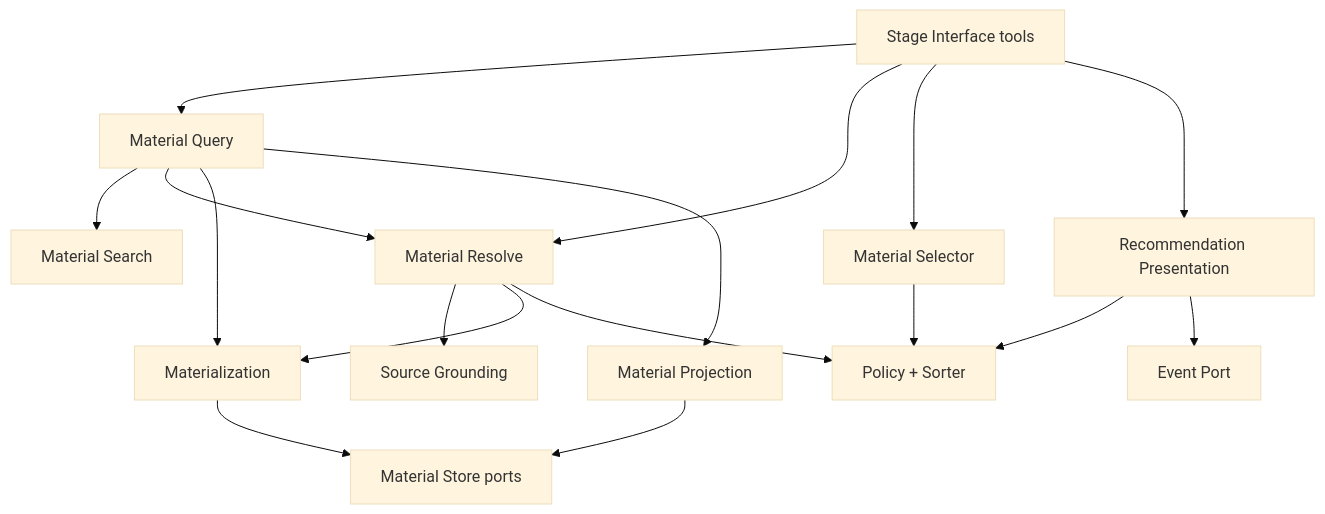
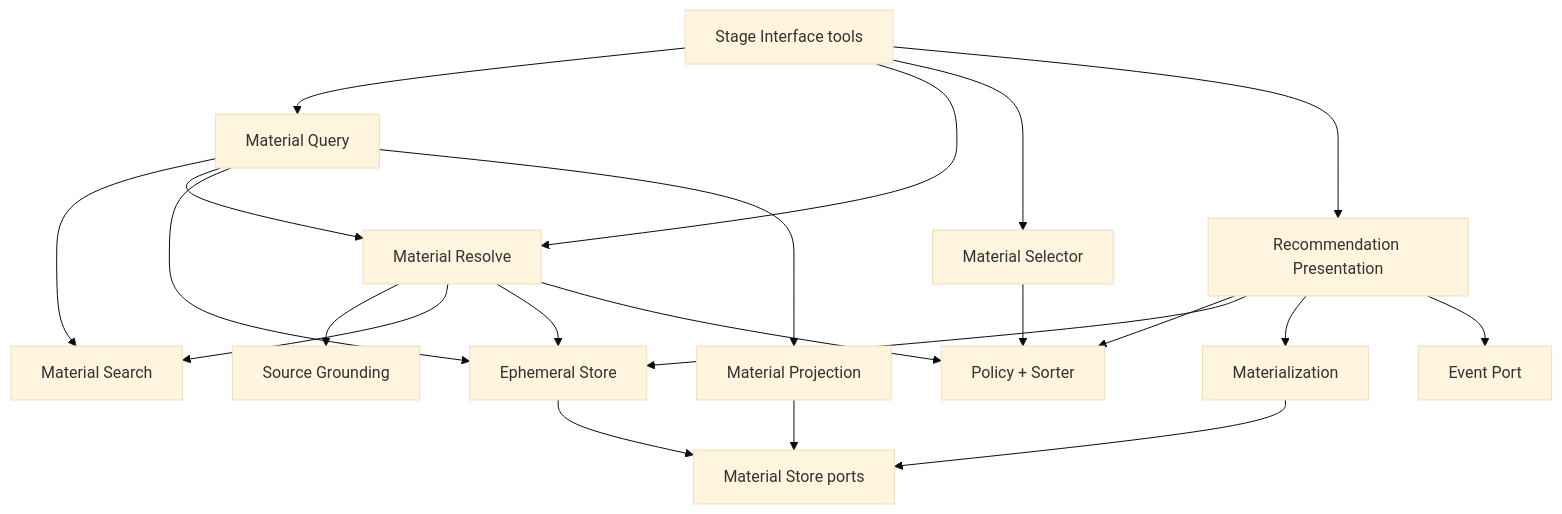
The diagram in docs/material/design.md (Odefined/MineMusic), drawn with Mermaid (base theme) before and after one commit. The commit also changed other lines of this file and 7 other files, not shown here.

````diff
--- a/docs/material/design.md
+++ b/docs/material/design.md
@@ -40,19 +40,23 @@
 ```mermaid
 flowchart TD
     SI["Stage Interface tools"] --> MQ["Material Query"]
     SI --> MR["Material Resolve"]
     SI --> MSel["Material Selector"]
     SI --> RP["Recommendation Presentation"]
     MQ --> MS["Material Search"]
     MQ --> MR
-    MQ --> MM["Materialization"]
+    MQ --> EPH["Ephemeral Store"]
     MR --> SG["Source Grounding"]
-    MR --> MM
+    MR --> MS
+    MR --> EPH
     MR --> POL["Policy + Sorter"]
     MQ --> MP["Material Projection"]
     MSel --> POL
     RP --> POL
+    RP --> EPH
+    RP --> MM["Materialization"]
     RP --> EV["Event Port"]
     MM --> STORE["Material Store ports"]
+    EPH --> STORE
     MP --> STORE
 ```
````
